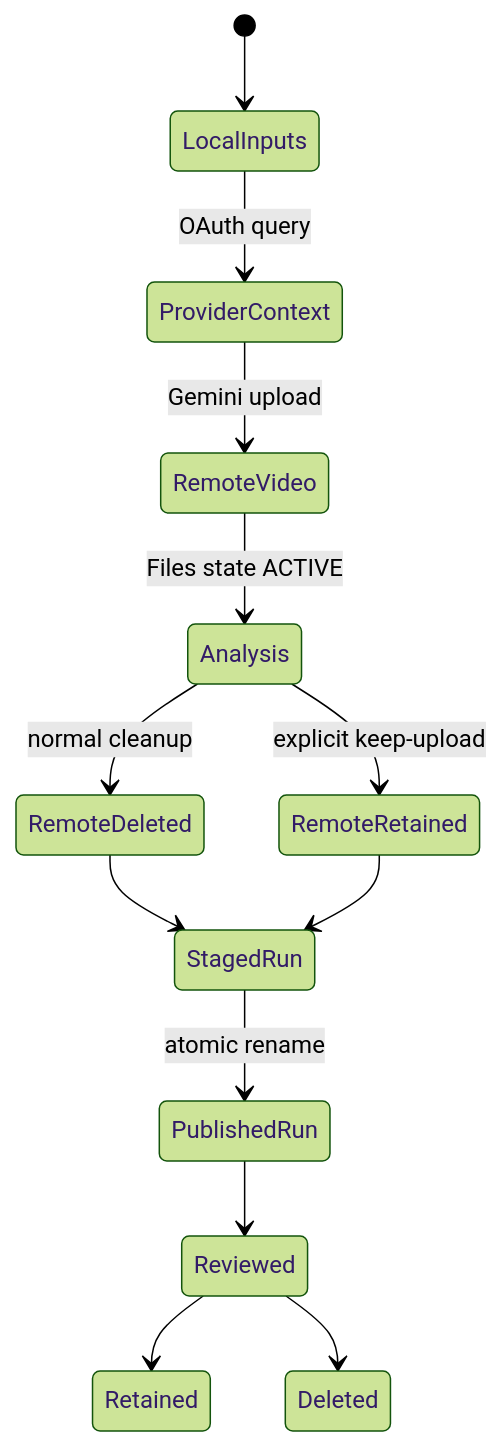
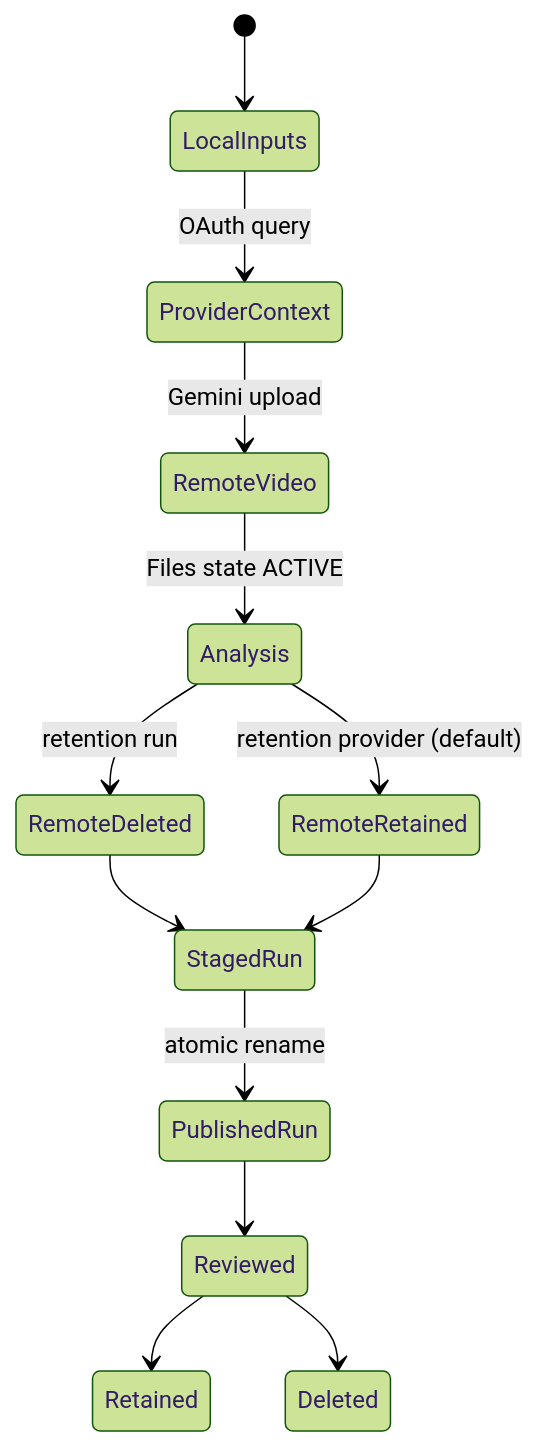
The diagram in docs/RUNBOOK.md (jchu96/frame-of-mind), drawn with Mermaid (forest theme) before and after one commit. The commit also changed other lines of this file and 17 other files, not shown here.

Commit message:
feat: make CLI recording upload retention explicit

````diff
--- a/docs/RUNBOOK.md
+++ b/docs/RUNBOOK.md
@@ -63,15 +63,15 @@
 ```mermaid
 stateDiagram-v2
     [*] --> LocalInputs
     LocalInputs --> ProviderContext: OAuth query
     ProviderContext --> RemoteVideo: Gemini upload
     RemoteVideo --> Analysis: Files state ACTIVE
-    Analysis --> RemoteDeleted: normal cleanup
-    Analysis --> RemoteRetained: explicit keep-upload
+    Analysis --> RemoteDeleted: retention run
+    Analysis --> RemoteRetained: retention provider (default)
     RemoteDeleted --> StagedRun
     RemoteRetained --> StagedRun
     StagedRun --> PublishedRun: atomic rename
     PublishedRun --> Reviewed
     Reviewed --> Retained
     Reviewed --> Deleted
 ```
````
